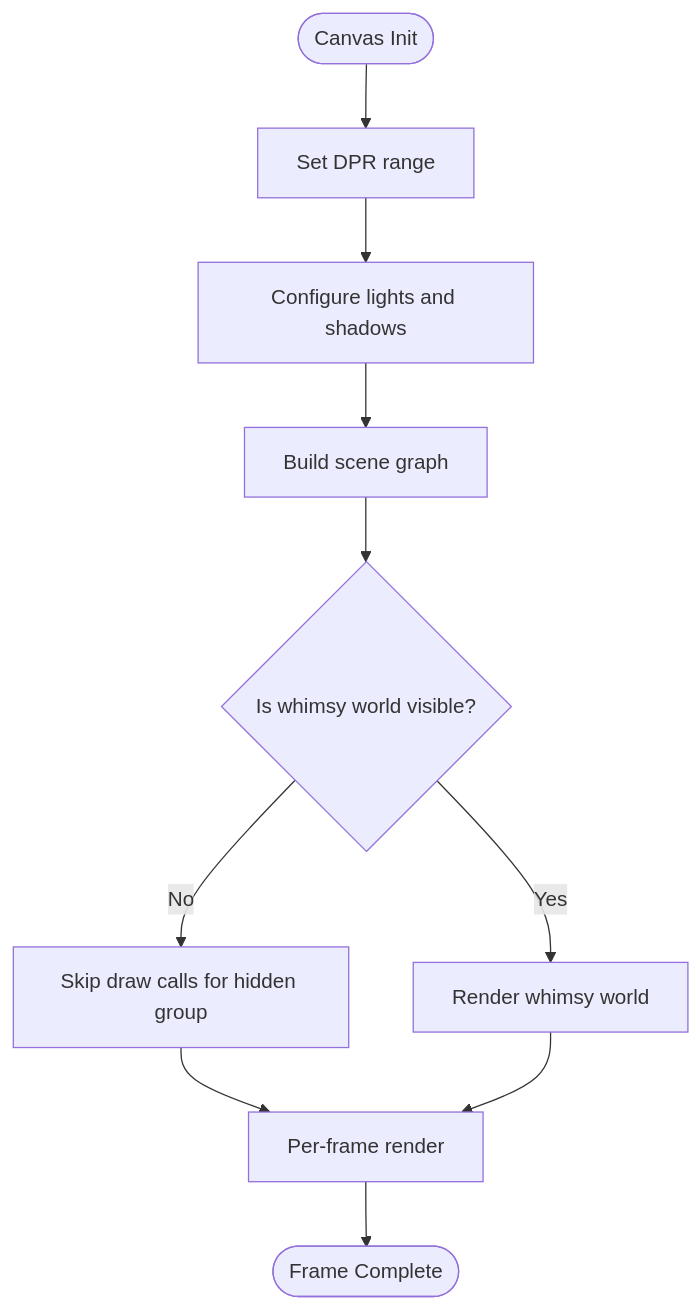
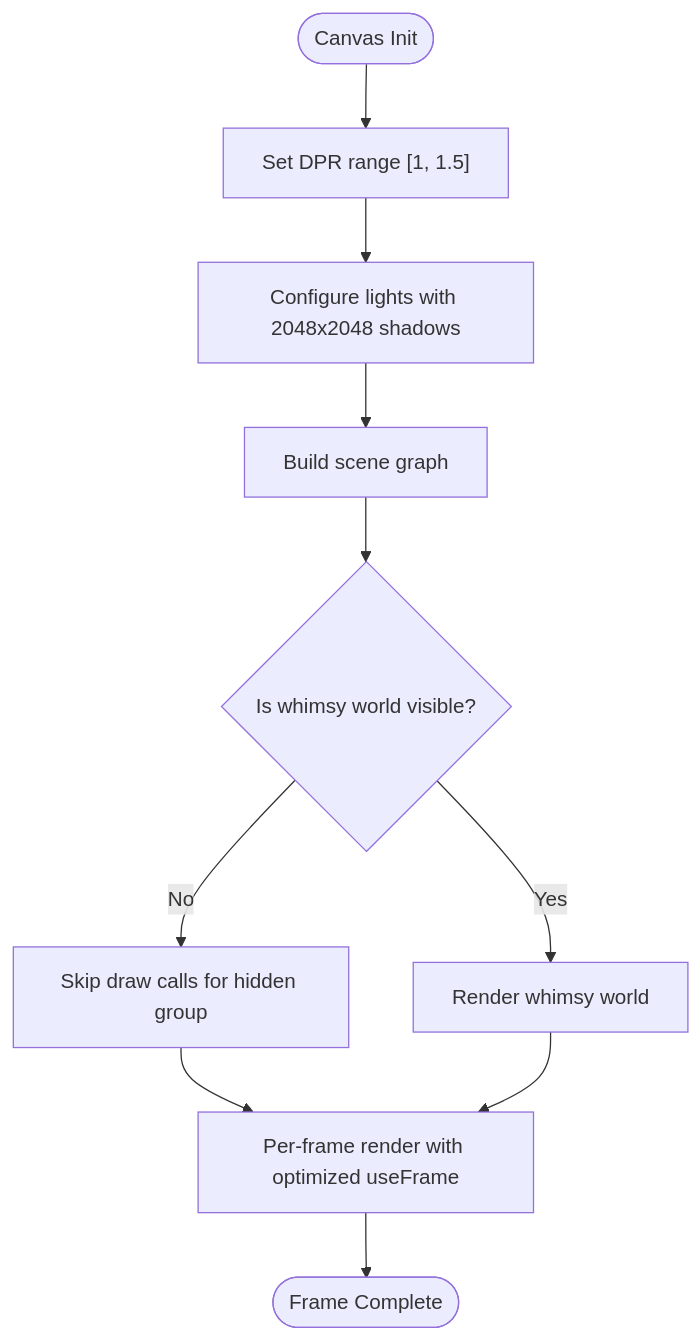
One commit to emaanfatima312005-wq/emaan-portfolio changed the third of 6 diagrams in .qoder/repowiki/en/content/Performance Optimization.md. Above: the diagram before and after it, drawn with Mermaid. The commit also changed other lines of this file and 59 other files, not shown here.

````diff
--- a/.qoder/repowiki/en/content/Performance Optimization.md
+++ b/.qoder/repowiki/en/content/Performance Optimization.md
@@ -123,12 +134,12 @@
 ```mermaid
 flowchart TD
-Start(["Canvas Init"]) --> SetDPR["Set DPR range"]
-SetDPR --> SetupLights["Configure lights and shadows"]
+Start(["Canvas Init"]) --> SetDPR["Set DPR range [1, 1.5]"]
+SetDPR --> SetupLights["Configure lights with 2048x2048 shadows"]
 SetupLights --> BuildScene["Build scene graph"]
 BuildScene --> ConditionalVisibility{"Is whimsy world visible?"}
 ConditionalVisibility --> |No| SkipDraw["Skip draw calls for hidden group"]
 ConditionalVisibility --> |Yes| DrawGroup["Render whimsy world"]
-SkipDraw --> RenderLoop["Per-frame render"]
+SkipDraw --> RenderLoop["Per-frame render with optimized useFrame"]
 DrawGroup --> RenderLoop
 RenderLoop --> End(["Frame Complete"])
 ```
````
